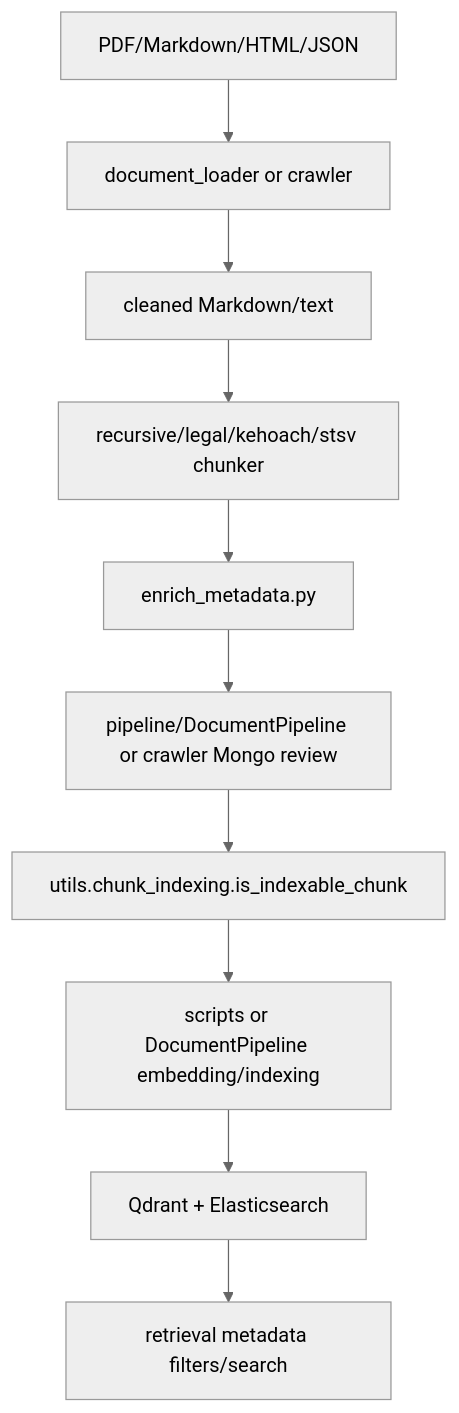
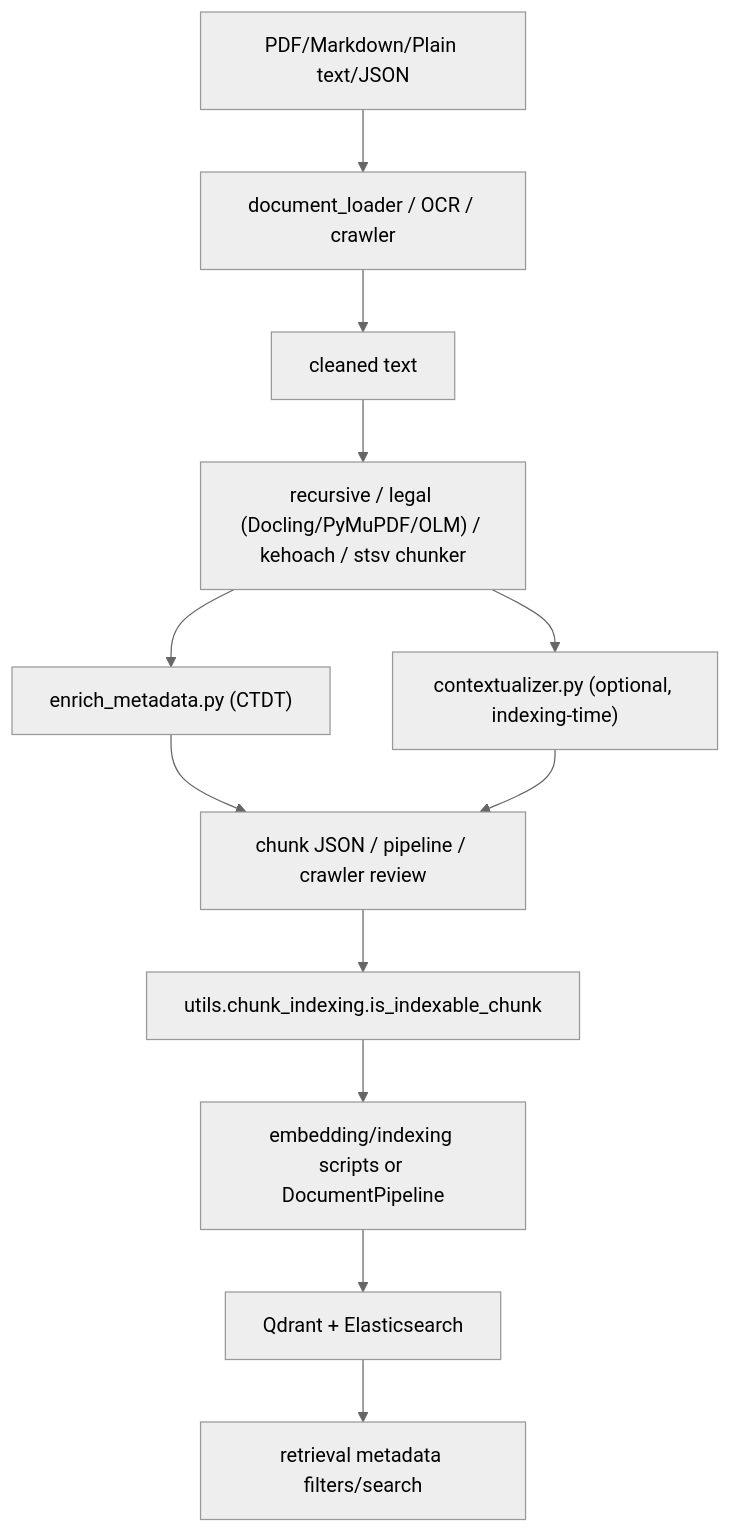
Before and after one commit to hoainam183/GR: the diagram in src/RAG_v2/chunking/MODULE.md, drawn with Mermaid (neutral theme). The commit also changed other lines of this file and 50 other files, not shown here.

````diff
--- a/src/RAG_v2/chunking/MODULE.md
+++ b/src/RAG_v2/chunking/MODULE.md
@@ -69,12 +86,14 @@
 ```mermaid
 flowchart TD
-  Source["PDF/Markdown/HTML/JSON"] --> Loader["document_loader or crawler"]
-  Loader --> Clean["cleaned Markdown/text"]
-  Clean --> Strategy["recursive/legal/kehoach/stsv chunker"]
-  Strategy --> Metadata["enrich_metadata.py"]
-  Metadata --> Review["pipeline/DocumentPipeline or crawler Mongo review"]
-  Review --> Policy["utils.chunk_indexing.is_indexable_chunk"]
-  Policy --> Indexers["scripts or DocumentPipeline embedding/indexing"]
+  Source["PDF/Markdown/Plain text/JSON"] --> Loader["document_loader / OCR / crawler"]
+  Loader --> Clean["cleaned text"]
+  Clean --> Strategy["recursive / legal (Docling/PyMuPDF/OLM) / kehoach / stsv chunker"]
+  Strategy --> Meta["enrich_metadata.py (CTDT)"]
+  Strategy --> Ctx["contextualizer.py (optional, indexing-time)"]
+  Meta --> Out["chunk JSON / pipeline / crawler review"]
+  Ctx --> Out
+  Out --> Policy["utils.chunk_indexing.is_indexable_chunk"]
+  Policy --> Indexers["embedding/indexing scripts or DocumentPipeline"]
   Indexers --> Stores["Qdrant + Elasticsearch"]
   Stores --> Runtime["retrieval metadata filters/search"]
 ```
````
